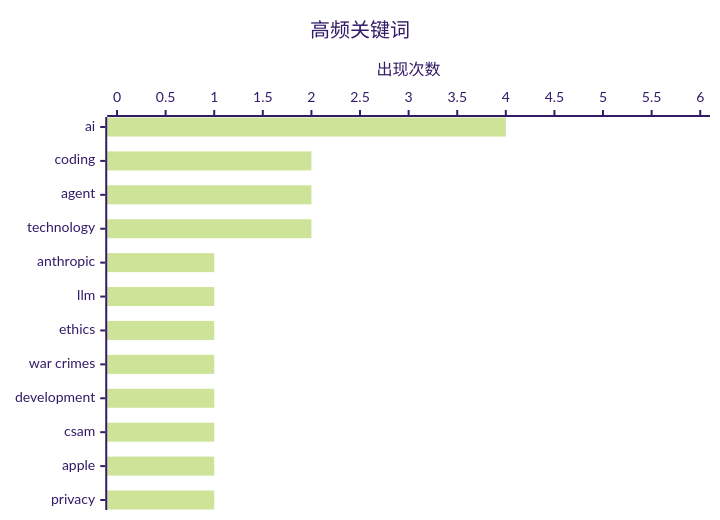
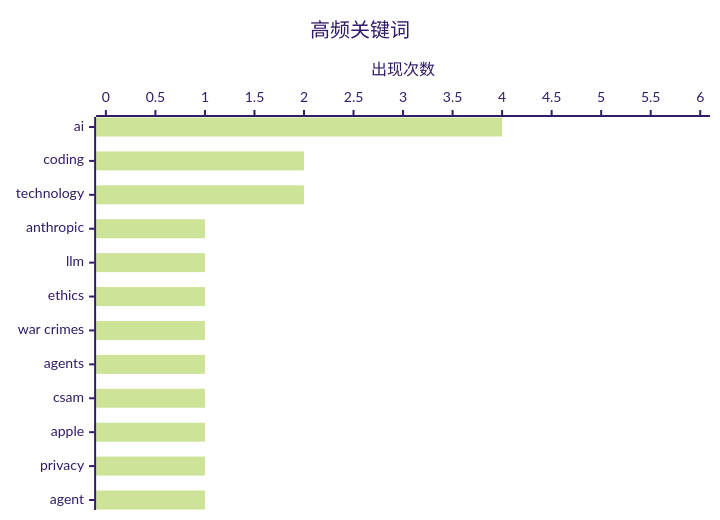
Before and after one commit to gitmeus/daily-reports: the second of 2 diagrams in digest-20260228.md, drawn with Mermaid (forest theme). The commit also changed other lines of this file, not shown here.

````diff
--- a/digest-20260228.md
+++ b/digest-20260228.md
@@ -65,7 +65,7 @@
 ```mermaid
 xychart-beta horizontal
     title "高频关键词"
-    x-axis ["ai", "coding", "agent", "technology", "anthropic", "llm", "ethics", "war crimes", "development", "csam", "apple", "privacy"]
+    x-axis ["ai", "coding", "technology", "anthropic", "llm", "ethics", "war crimes", "agents", "csam", "apple", "privacy", "agent"]
     y-axis "出现次数" 0 --> 6
-    bar [4, 2, 2, 2, 1, 1, 1, 1, 1, 1, 1, 1]
+    bar [4, 2, 2, 1, 1, 1, 1, 1, 1, 1, 1, 1]
 ```
````
